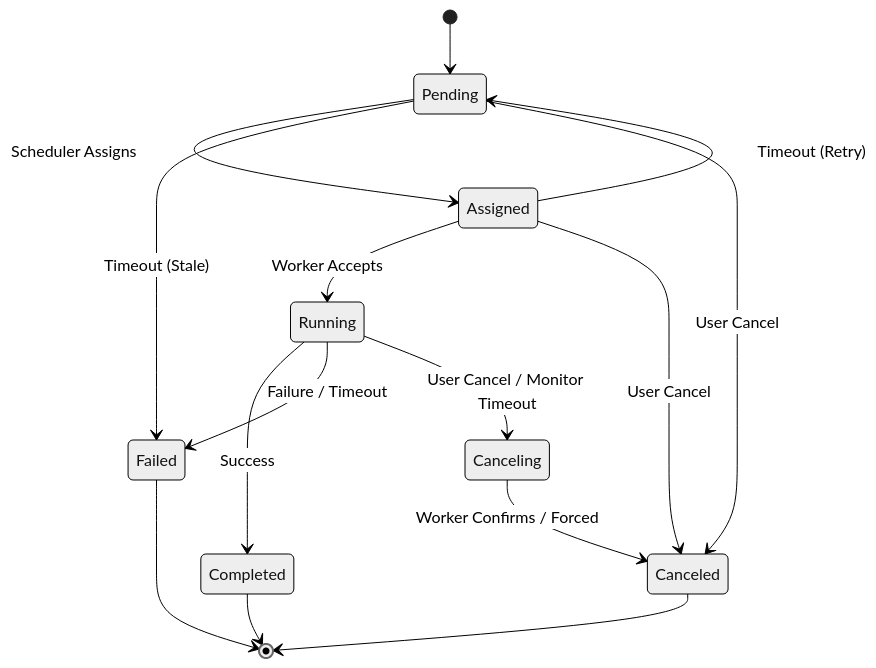
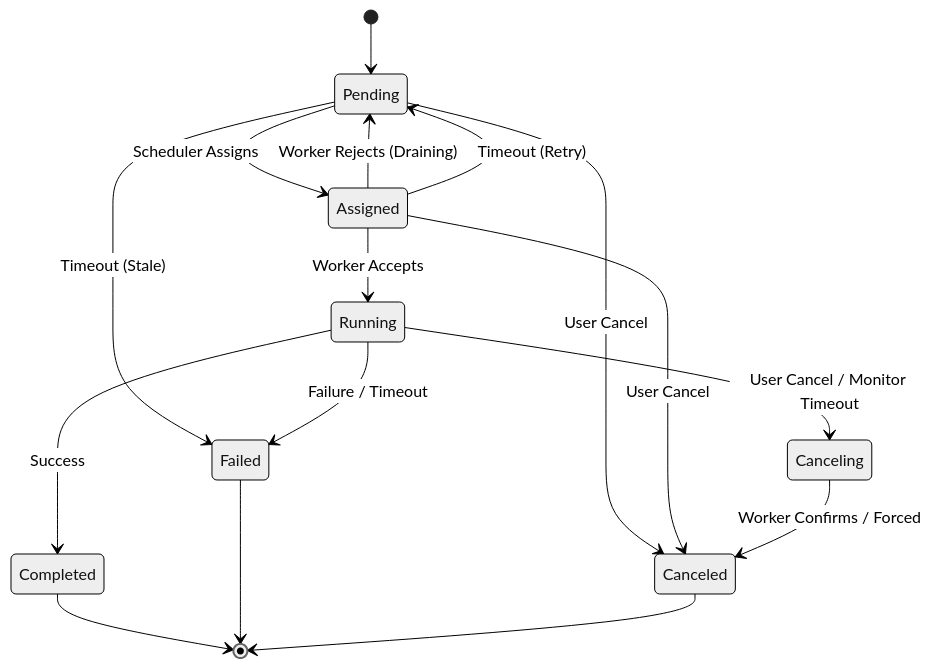
The fifth of 5 diagrams in docs/architecture.md (brwyatt/dffmpeg), drawn with Mermaid (neutral theme) before and after one commit. The commit also changed other lines of this file and 15 other files, not shown here.

First line of the commit message:
Implement worker drain state and flow

````diff
--- a/docs/architecture.md
+++ b/docs/architecture.md
@@ -180,22 +186,23 @@
 ```mermaid
 stateDiagram-v2
     [*] --> Pending
 
     Pending --> Assigned: Scheduler Assigns
     Pending --> Failed: Timeout (Stale)
     Pending --> Canceled: User Cancel
 
     Assigned --> Running: Worker Accepts
+    Assigned --> Pending: Worker Rejects (Draining)
     Assigned --> Pending: Timeout (Retry)
     Assigned --> Canceled: User Cancel
 
     Running --> Completed: Success
     Running --> Failed: Failure / Timeout
     Running --> Canceling: User Cancel / Monitor Timeout
 
     Canceling --> Canceled: Worker Confirms / Forced
 
     Completed --> [*]
     Failed --> [*]
     Canceled --> [*]
 ```
````
